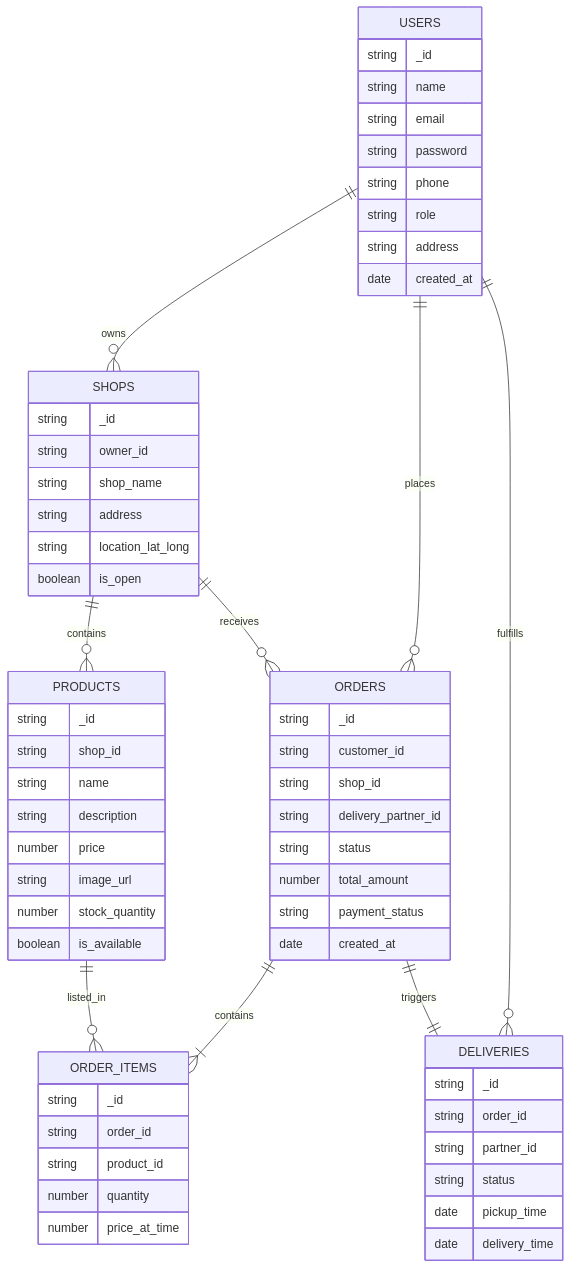
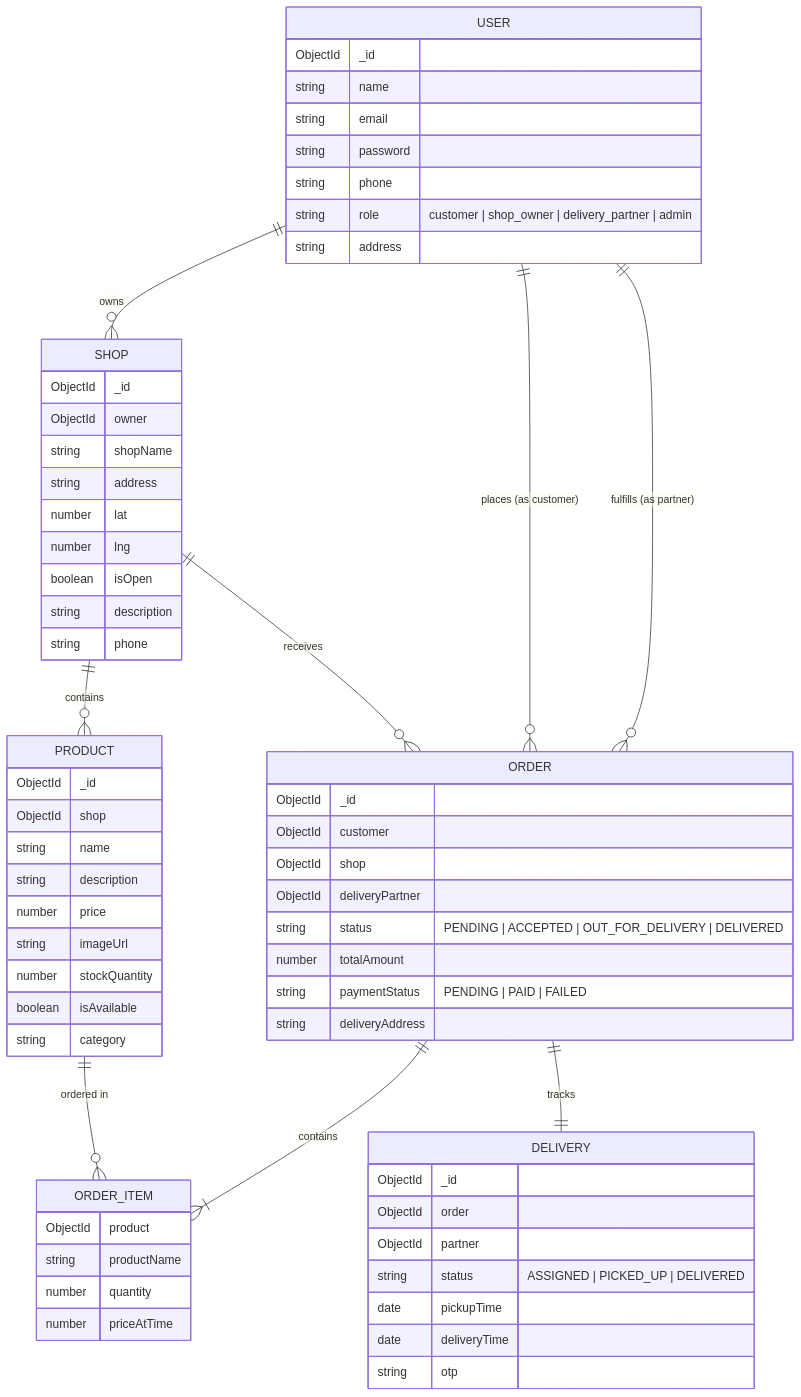
The diagram in ErDiagram.md (sudip-kumar-prasad/SESD_Project), drawn with Mermaid before and after one commit. The commit also changed other lines of this file and 13 other files, not shown here.

Commit message:
feat: finalized project documentation, architecture diagrams, and security hardening

````diff
--- a/ErDiagram.md
+++ b/ErDiagram.md
@@ -3,70 +7,73 @@
 ```mermaid
 erDiagram
-    USERS {
-        string _id
+    USER ||--o{ SHOP : "owns"
+    USER ||--o{ ORDER : "places (as customer)"
+    USER ||--o{ ORDER : "fulfills (as partner)"
+    SHOP ||--o{ PRODUCT : "contains"
+    SHOP ||--o{ ORDER : "receives"
+    ORDER ||--|{ ORDER_ITEM : "contains"
+    ORDER ||--|| DELIVERY : "tracks"
+    PRODUCT ||--o{ ORDER_ITEM : "ordered in"
+
+    USER {
+        ObjectId _id
         string name
         string email
         string password
         string phone
-        string role
+        string role "customer | shop_owner | delivery_partner | admin"
         string address
-        date created_at
     }
 
-    SHOPS {
-        string _id
-        string owner_id
-        string shop_name
+    SHOP {
+        ObjectId _id
+        ObjectId owner
+        string shopName
         string address
-        string location_lat_long
-        boolean is_open
+        number lat
+        number lng
+        boolean isOpen
+        string description
+        string phone
     }
 
-    PRODUCTS {
-        string _id
-        string shop_id
+    PRODUCT {
+        ObjectId _id
+        ObjectId shop
         string name
         string description
         number price
-        string image_url
-        number stock_quantity
-        boolean is_available
+        string imageUrl
+        number stockQuantity
+        boolean isAvailable
+        string category
     }
 
-    ORDERS {
-        string _id
-        string customer_id
-        string shop_id
-        string delivery_partner_id
-        string status
-        number total_amount
-        string payment_status
-        date created_at
+    ORDER {
+        ObjectId _id
+        ObjectId customer
+        ObjectId shop
+        ObjectId deliveryPartner
+        string status "PENDING | ACCEPTED | OUT_FOR_DELIVERY | DELIVERED"
+        number totalAmount
+        string paymentStatus "PENDING | PAID | FAILED"
+        string deliveryAddress
     }
 
-    ORDER_ITEMS {
-        string _id
-        string order_id
-        string product_id
+    ORDER_ITEM {
+        ObjectId product
+        string productName
         number quantity
-        number price_at_time
+        number priceAtTime
     }
 
-    DELIVERIES {
-        string _id
-        string order_id
-        string partner_id
-        string status
-        date pickup_time
-        date delivery_time
+    DELIVERY {
+        ObjectId _id
+        ObjectId order
+        ObjectId partner
+        string status "ASSIGNED | PICKED_UP | DELIVERED"
+        date pickupTime
+        date deliveryTime
+        string otp
     }
-
-    USERS ||--o{ SHOPS : owns
-    USERS ||--o{ ORDERS : places
-    SHOPS ||--o{ PRODUCTS : contains
-    SHOPS ||--o{ ORDERS : receives
-    ORDERS ||--|{ ORDER_ITEMS : contains
-    PRODUCTS ||--o{ ORDER_ITEMS : listed_in
-    USERS ||--o{ DELIVERIES : fulfills
-    ORDERS ||--|| DELIVERIES : triggers
 ```
````
